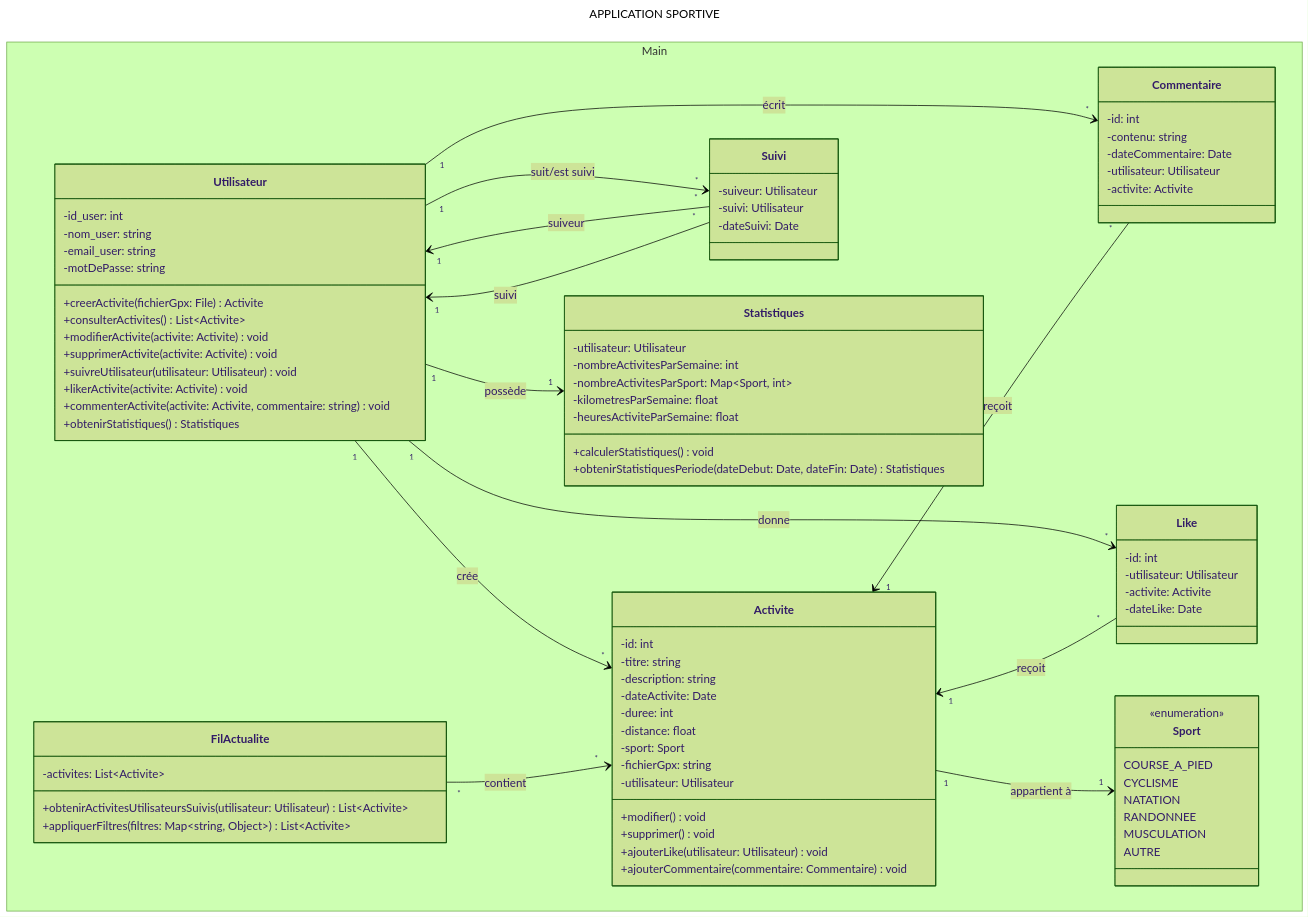
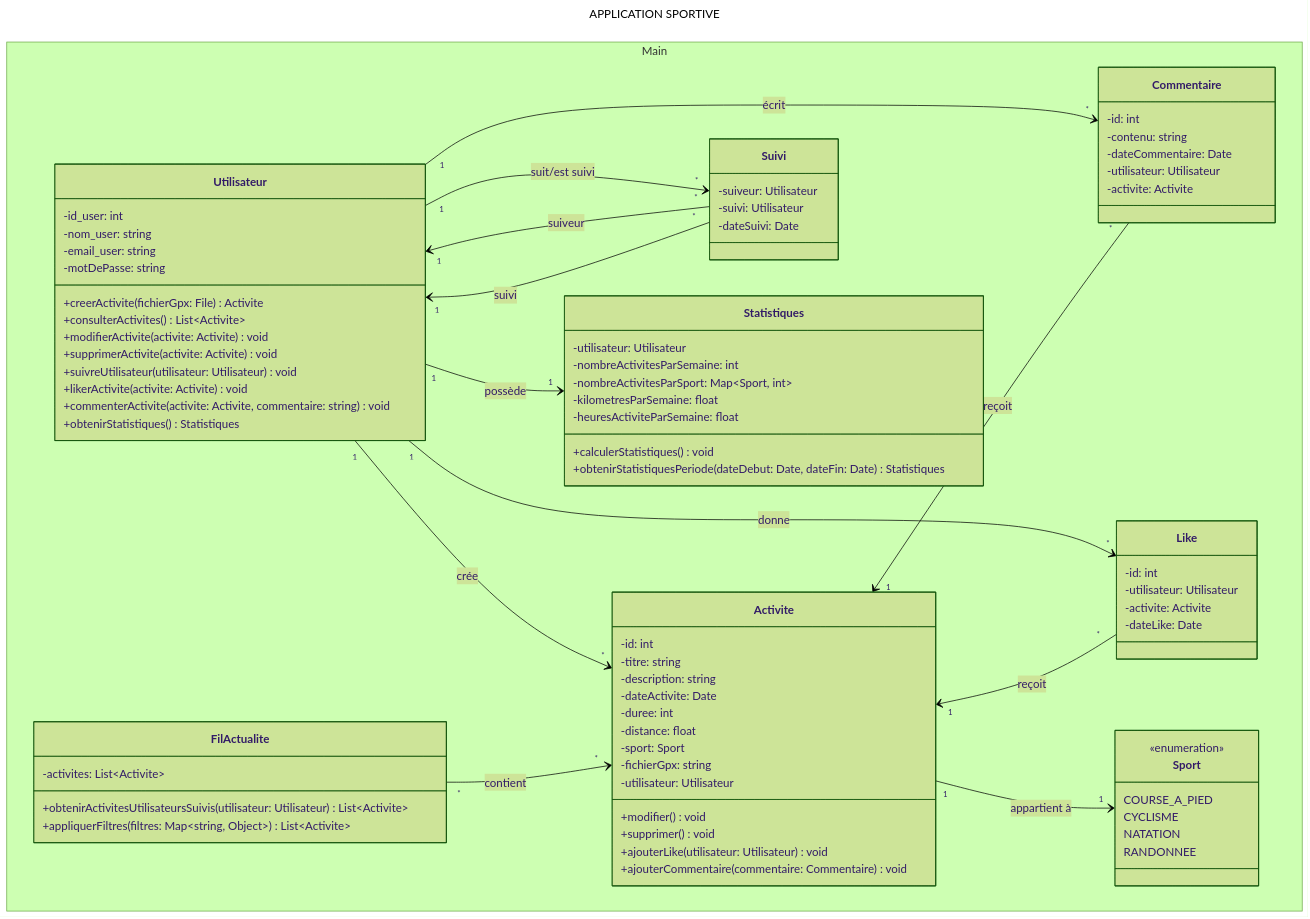
Before and after one commit to TeodoraHub/Info-2A-Strava: the diagram in codeuml.md, drawn with Mermaid (forest theme).

```diff
--- a/codeuml.md
+++ b/codeuml.md
@@ -45,8 +45,6 @@
         CYCLISME
         NATATION
         RANDONNEE
-        MUSCULATION
-        AUTRE
     }
 
     class Commentaire{
```
